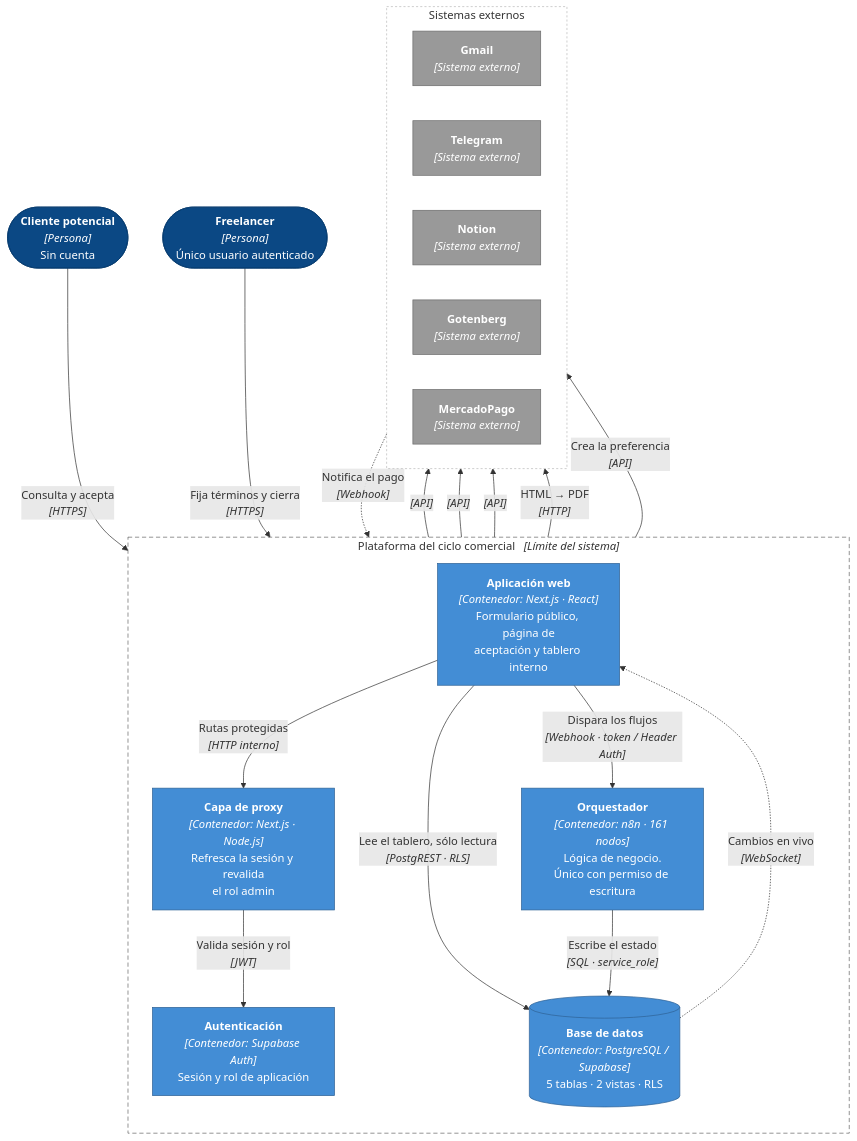
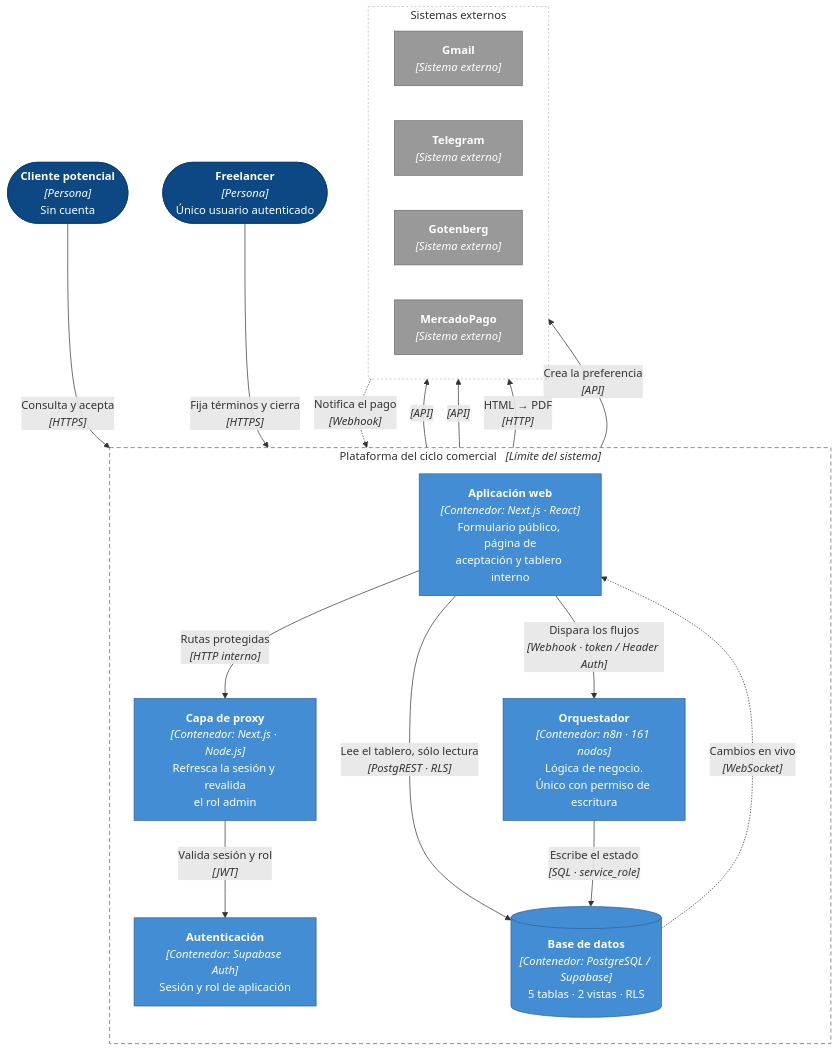
The diagram in FormularioLeads/docs/figura-c4-contenedores.mmd (Boit-6/Tesis), drawn with Mermaid before and after one commit. The commit also changed 37 other files, not shown here.

```diff
--- a/FormularioLeads/docs/figura-c4-contenedores.mmd
+++ b/FormularioLeads/docs/figura-c4-contenedores.mmd
@@ -1,55 +1,53 @@
 flowchart TB
 %% Diagrama de contenedores — C4 nivel 2
 %% Automatización del Ciclo de Vida del Cliente para Freelancers con n8n
 %% Sigue las convenciones del modelo C4 (Simon Brown): personas, límite del
 %% sistema, contenedores desplegables por separado con su tecnología entre
 %% corchetes, y sistemas externos. Cada relación indica protocolo.
 %% Se dibuja con flowchart en lugar de la extensión C4 de Mermaid porque esta
 %% última superpone las etiquetas cuando hay más de diez relaciones.
     cliente(["<b>Cliente potencial</b><br/><i>[Persona]</i><br/>Sin cuenta"])
     freelancer(["<b>Freelancer</b><br/><i>[Persona]</i><br/>Único usuario autenticado"])
 
     subgraph sistema["Plataforma del ciclo comercial &nbsp;&nbsp;<i>[Límite del sistema]</i>"]
         direction TB
         spa["<b>Aplicación web</b><br/><i>[Contenedor: Next.js · React]</i><br/>Formulario público, página de<br/>aceptación y tablero interno"]
         proxy["<b>Capa de proxy</b><br/><i>[Contenedor: Next.js · Node.js]</i><br/>Refresca la sesión y revalida<br/>el rol admin"]
         n8n["<b>Orquestador</b><br/><i>[Contenedor: n8n · 161 nodos]</i><br/>Lógica de negocio.<br/>Único con permiso de escritura"]
         db[("<b>Base de datos</b><br/><i>[Contenedor: PostgreSQL / Supabase]</i><br/>5 tablas · 2 vistas · RLS")]
         auth["<b>Autenticación</b><br/><i>[Contenedor: Supabase Auth]</i><br/>Sesión y rol de aplicación"]
     end
 
     subgraph externos["Sistemas externos"]
         direction LR
         gmail["<b>Gmail</b><br/><i>[Sistema externo]</i>"]
         telegram["<b>Telegram</b><br/><i>[Sistema externo]</i>"]
-        notion["<b>Notion</b><br/><i>[Sistema externo]</i>"]
         gotenberg["<b>Gotenberg</b><br/><i>[Sistema externo]</i>"]
         mp["<b>MercadoPago</b><br/><i>[Sistema externo]</i>"]
     end
 
     cliente -->|"Consulta y acepta<br/><i>[HTTPS]</i>"| spa
     freelancer -->|"Fija términos y cierra<br/><i>[HTTPS]</i>"| spa
 
     spa -->|"Rutas protegidas<br/><i>[HTTP interno]</i>"| proxy
     proxy -->|"Valida sesión y rol<br/><i>[JWT]</i>"| auth
     spa -->|"Dispara los flujos<br/><i>[Webhook · token / Header Auth]</i>"| n8n
     spa -->|"Lee el tablero, sólo lectura<br/><i>[PostgREST · RLS]</i>"| db
     db -.->|"Cambios en vivo<br/><i>[WebSocket]</i>"| spa
 
     n8n -->|"Escribe el estado<br/><i>[SQL · service_role]</i>"| db
     n8n -->|"<i>[API]</i>"| gmail
     n8n -->|"<i>[API]</i>"| telegram
-    n8n -->|"<i>[API]</i>"| notion
     n8n -->|"HTML → PDF<br/><i>[HTTP]</i>"| gotenberg
     n8n -->|"Crea la preferencia<br/><i>[API]</i>"| mp
     mp -.->|"Notifica el pago<br/><i>[Webhook]</i>"| n8n
 
     classDef persona fill:#0b4884,stroke:#073b6f,color:#ffffff;
     classDef contenedor fill:#438dd5,stroke:#2e6295,color:#ffffff;
     classDef externo fill:#999999,stroke:#6b6b6b,color:#ffffff;
     class cliente,freelancer persona;
     class spa,proxy,n8n,db,auth contenedor;
-    class gmail,telegram,notion,gotenberg,mp externo;
+    class gmail,telegram,gotenberg,mp externo;
 
     style sistema fill:none,stroke:#666666,stroke-dasharray:6 4
     style externos fill:none,stroke:#bbbbbb,stroke-dasharray:3 3
```
